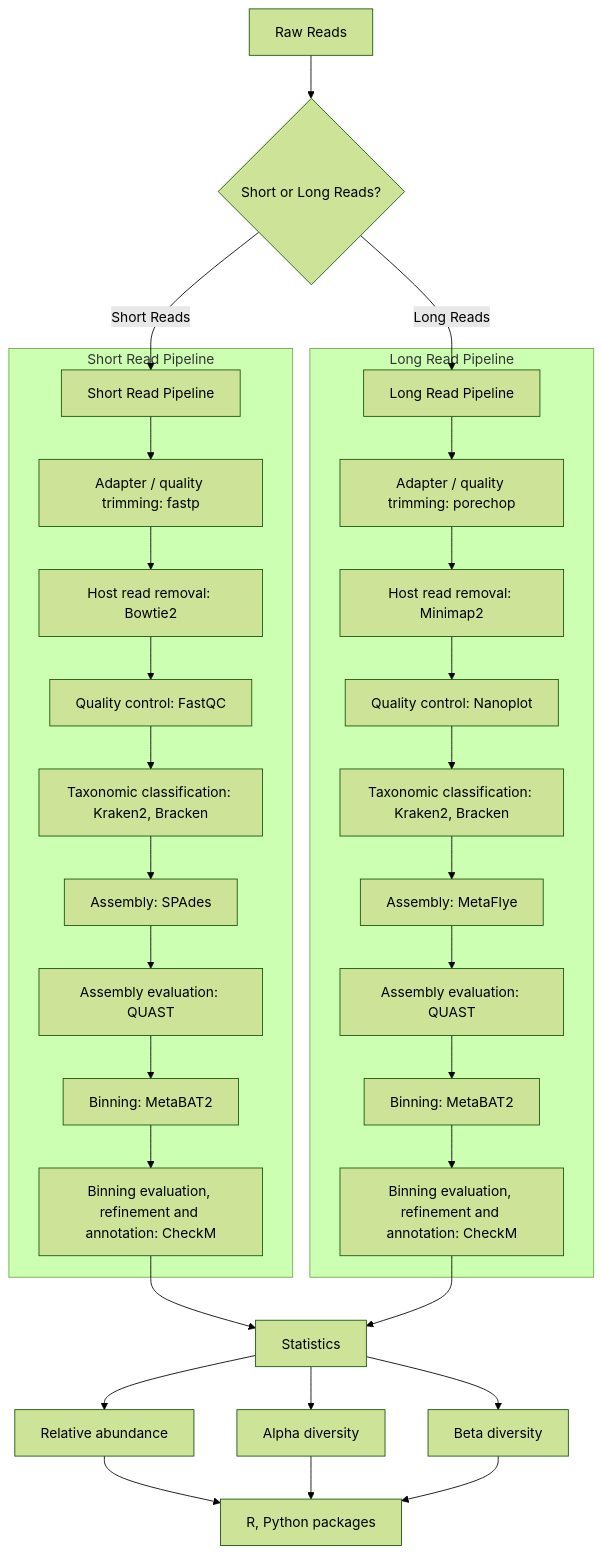
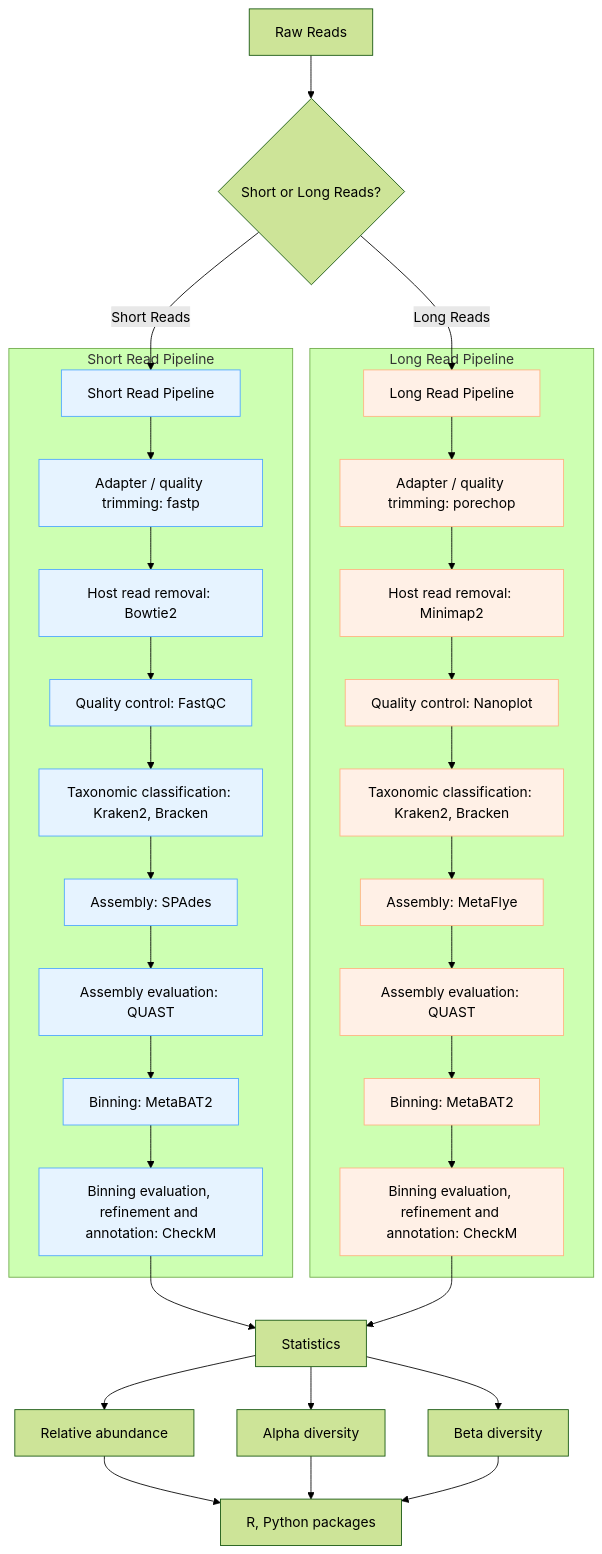
Before and after one commit to UeenHuynh/MGMA_2024: the diagram in lecture_26/README.md, drawn with Mermaid (forest theme).

````diff
--- a/lecture_26/README.md
+++ b/lecture_26/README.md
@@ -3,37 +3,43 @@
 ```mermaid
 graph TD
     A[Raw Reads] --> B{Short or Long Reads?}
     B -->|Short Reads| C[Short Read Pipeline]
     B -->|Long Reads| D[Long Read Pipeline]
     
     subgraph "Short Read Pipeline"
+        style C fill:#e6f3ff,stroke:#4da6ff
         C --> C1[Adapter / quality trimming: fastp]
         C1 --> C2[Host read removal: Bowtie2]
         C2 --> C3[Quality control: FastQC]
         C3 --> C4[Taxonomic classification: Kraken2, Bracken]
         C4 --> C5[Assembly: SPAdes]
         C5 --> C6[Assembly evaluation: QUAST]
         C6 --> C7[Binning: MetaBAT2]
         C7 --> C8[Binning evaluation, refinement and annotation: CheckM]
     end
     
     subgraph "Long Read Pipeline"
+        style D fill:#fff0e6,stroke:#ffb380
         D --> D1[Adapter / quality trimming: porechop]
         D1 --> D2[Host read removal: Minimap2]
         D2 --> D3[Quality control: Nanoplot]
         D3 --> D4[Taxonomic classification: Kraken2, Bracken]
         D4 --> D5[Assembly: MetaFlye]
         D5 --> D6[Assembly evaluation: QUAST]
         D6 --> D7[Binning: MetaBAT2]
         D7 --> D8[Binning evaluation, refinement and annotation: CheckM]
     end
-
     C8 --> E[Statistics]
     D8 --> E
     E --> E1[Relative abundance]
     E --> E2[Alpha diversity]
     E --> E3[Beta diversity]
     E1 --> F[R, Python packages]
     E2 --> F
     E3 --> F
+
+classDef shortRead fill:#e6f3ff,stroke:#4da6ff;
+classDef longRead fill:#fff0e6,stroke:#ffb380;
+class C1,C2,C3,C4,C5,C6,C7,C8 shortRead;
+class D1,D2,D3,D4,D5,D6,D7,D8 longRead;
 ```
````
